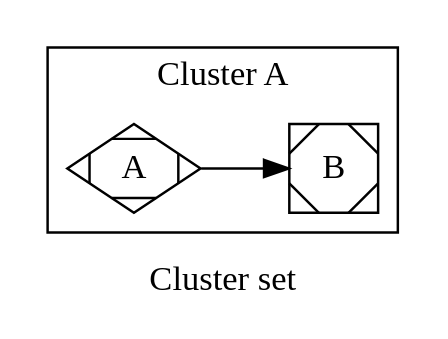
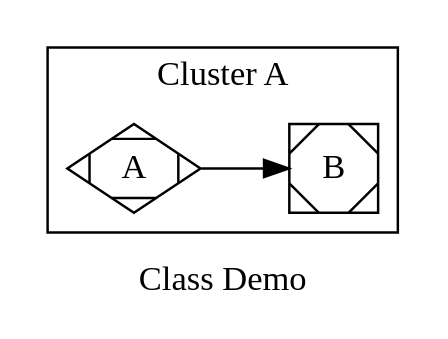
Before and after one commit to graphviz-perl/GraphViz2-Marpa-PathUtils: the diagram in data/11.clusters.out.gv, drawn with Graphviz. The commit also changed 7 other files, not shown here.

```diff
--- a/data/11.clusters.out.gv
+++ b/data/11.clusters.out.gv
@@ -1,13 +1,13 @@
 digraph graph_51
 {
-graph [ label="Cluster set" rankdir="LR" ]
+graph [ label="Class Demo" rankdir="LR" ]
 
 subgraph "cluster A"
 {
 graph [ label="Cluster A" rankdir="LR" ]
 
 "A" [ shape="Mdiamond" ]
 "B" [ shape="Msquare" ]
 "A" -> "B" [ label="" ]
 }
 }
```
